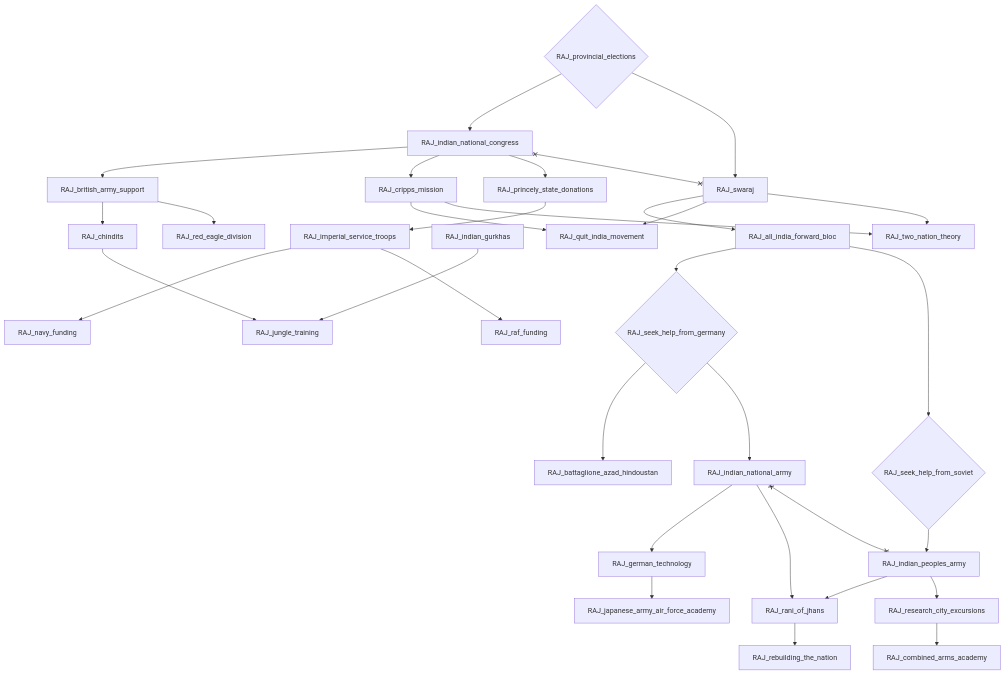
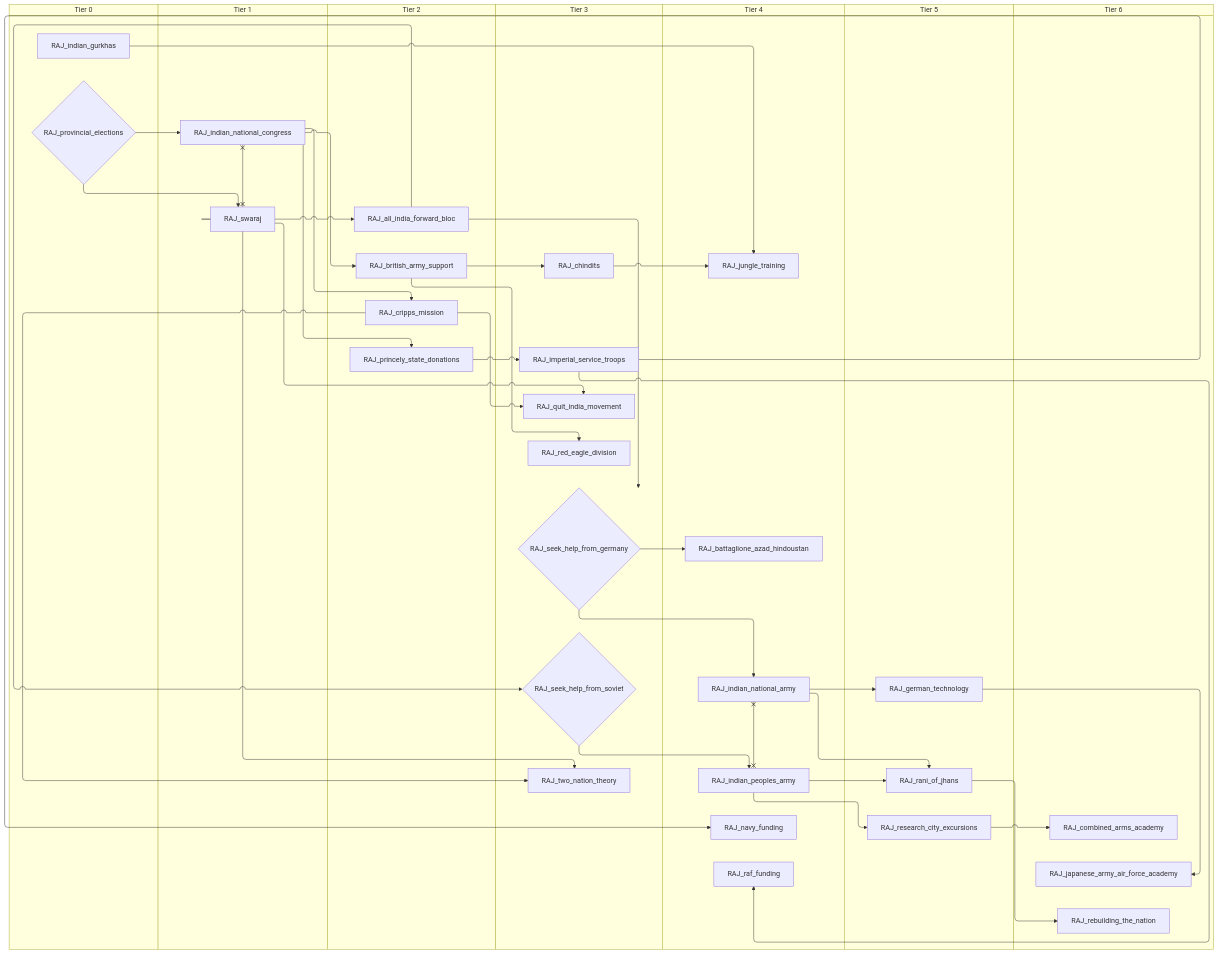
The third of 3 diagrams in docs/gdd/National Focuses/india.md (evgeny-sobol/hoi4-sandbox-mode), drawn with Mermaid before and after one commit. The commit also changed other lines of this file and 80 other files, not shown here.

First line of the commit message:
Add swimlane mode to focus graph exporter

````diff
--- a/docs/gdd/National Focuses/india.md
+++ b/docs/gdd/National Focuses/india.md
@@ -136,61 +162,75 @@
 ```mermaid
-flowchart TD
-    n48["RAJ_all_india_forward_bloc"]
-    n49["RAJ_battaglione_azad_hindoustan"]
-    n50["RAJ_british_army_support"]
-    n34["RAJ_chindits"]
-    n51["RAJ_combined_arms_academy"]
-    n52["RAJ_cripps_mission"]
-    n53["RAJ_german_technology"]
-    n54["RAJ_imperial_service_troops"]
-    n38["RAJ_indian_gurkhas"]
-    n55["RAJ_indian_national_army"]
-    n56["RAJ_indian_national_congress"]
-    n57["RAJ_indian_peoples_army"]
-    n58["RAJ_japanese_army_air_force_academy"]
-    n40["RAJ_jungle_training"]
-    n59["RAJ_navy_funding"]
-    n60["RAJ_princely_state_donations"]
-    n61{"RAJ_provincial_elections"}
-    n62["RAJ_quit_india_movement"]
-    n63["RAJ_raf_funding"]
-    n64["RAJ_rani_of_jhans"]
-    n65["RAJ_rebuilding_the_nation"]
-    n66["RAJ_red_eagle_division"]
-    n67["RAJ_research_city_excursions"]
-    n68{"RAJ_seek_help_from_germany"}
-    n69{"RAJ_seek_help_from_soviet"}
-    n70["RAJ_swaraj"]
-    n71["RAJ_two_nation_theory"]
-    n70 --> n48
-    n68 --> n49
-    n56 --> n50
-    n50 --> n34
-    n67 --> n51
-    n56 --> n52
-    n55 --> n53
-    n60 --> n54
-    n68 --> n55
-    n61 --> n56
-    n69 --> n57
-    n53 --> n58
-    n34 --> n40
-    n38 --> n40
-    n54 --> n59
-    n56 --> n60
-    n70 --> n62
-    n52 --> n62
-    n54 --> n63
-    n57 --> n64
+swimlane-beta TD
+    subgraph tier_0["Tier 0"]
+        n39["RAJ_indian_gurkhas"]
+        n48{"RAJ_provincial_elections"}
+    end
+    subgraph tier_1["Tier 1"]
+        n49["RAJ_indian_national_congress"]
+        n50["RAJ_swaraj"]
+    end
+    subgraph tier_2["Tier 2"]
+        n51["RAJ_all_india_forward_bloc"]
+        n52["RAJ_british_army_support"]
+        n53["RAJ_cripps_mission"]
+        n54["RAJ_princely_state_donations"]
+    end
+    subgraph tier_3["Tier 3"]
+        n32["RAJ_chindits"]
+        n55["RAJ_imperial_service_troops"]
+        n56["RAJ_quit_india_movement"]
+        n57["RAJ_red_eagle_division"]
+        n58{"RAJ_seek_help_from_germany"}
+        n59{"RAJ_seek_help_from_soviet"}
+        n60["RAJ_two_nation_theory"]
+    end
+    subgraph tier_4["Tier 4"]
+        n61["RAJ_battaglione_azad_hindoustan"]
+        n62["RAJ_indian_national_army"]
+        n63["RAJ_indian_peoples_army"]
+        n44["RAJ_jungle_training"]
+        n64["RAJ_navy_funding"]
+        n65["RAJ_raf_funding"]
+    end
+    subgraph tier_5["Tier 5"]
+        n66["RAJ_german_technology"]
+        n67["RAJ_rani_of_jhans"]
+        n68["RAJ_research_city_excursions"]
+    end
+    subgraph tier_6["Tier 6"]
+        n69["RAJ_combined_arms_academy"]
+        n70["RAJ_japanese_army_air_force_academy"]
+        n71["RAJ_rebuilding_the_nation"]
+    end
+    n50 --> n51
+    n58 --> n61
+    n49 --> n52
+    n52 --> n32
+    n68 --> n69
+    n49 --> n53
+    n62 --> n66
+    n54 --> n55
+    n58 --> n62
+    n48 --> n49
+    n59 --> n63
+    n66 --> n70
+    n32 --> n44
+    n39 --> n44
     n55 --> n64
-    n64 --> n65
-    n50 --> n66
-    n57 --> n67
-    n48 --> n68
-    n48 --> n69
-    n61 --> n70
-    n52 --> n71
-    n70 --> n71
-    n55 x--x n57
-    n56 x--x n70
+    n49 --> n54
+    n50 --> n56
+    n53 --> n56
+    n55 --> n65
+    n63 --> n67
+    n62 --> n67
+    n67 --> n71
+    n52 --> n57
+    n63 --> n68
+    n51 --> n58
+    n51 --> n59
+    n48 --> n50
+    n53 --> n60
+    n50 --> n60
+    n62 x--x n63
+    n49 x--x n50
 ```
````
